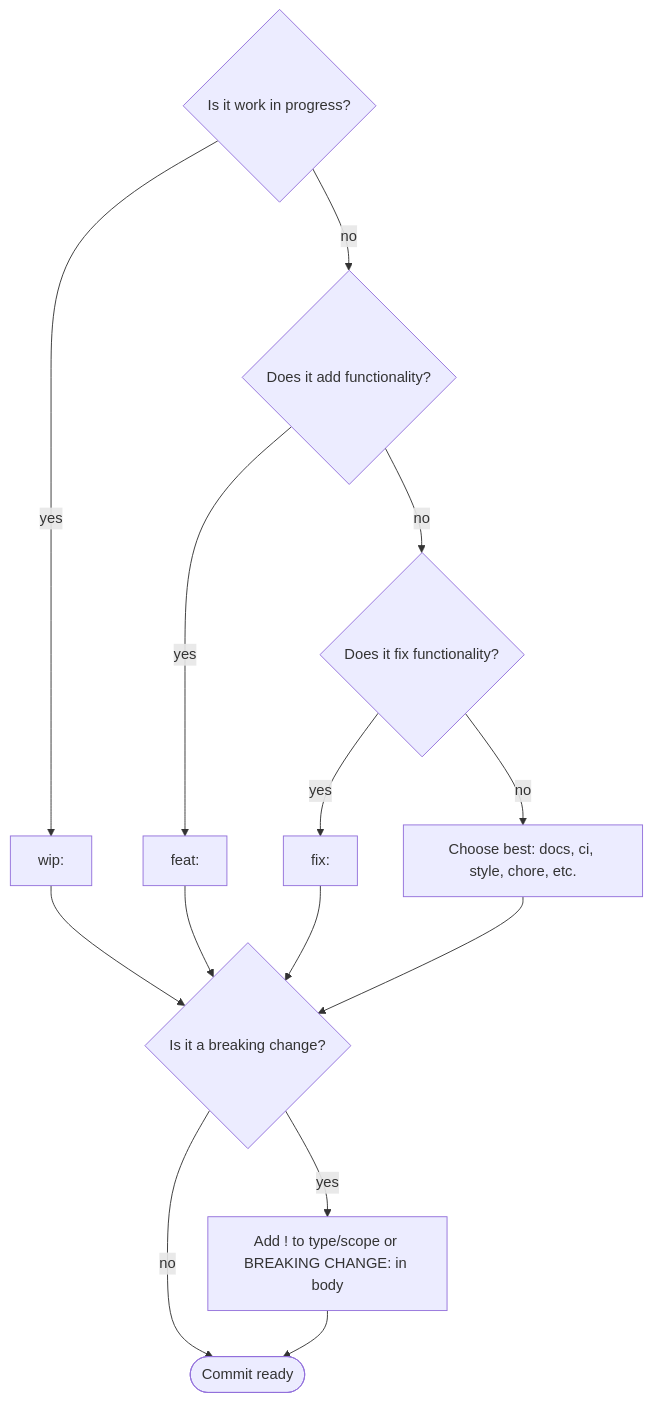
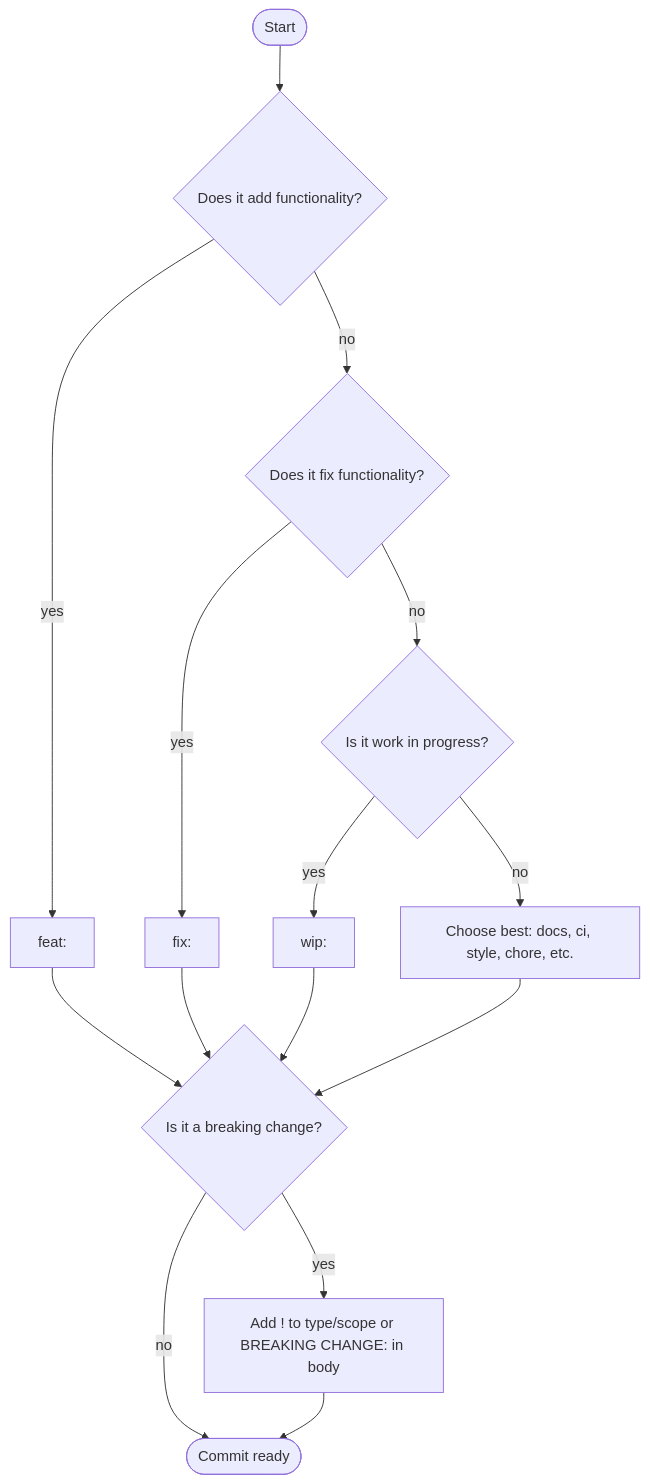
The diagram in docs/conventional-commits.md (logickernel/agileflow), drawn with Mermaid before and after one commit.

Commit message:
docs: refine decision flow in conventional commits documentation for clarity on commit type selection

````diff
--- a/docs/conventional-commits.md
+++ b/docs/conventional-commits.md
@@ -34,21 +34,22 @@
 ```mermaid
 flowchart TD
-  A{Is it work in progress?}
-  A -- "yes" --> W[wip:]
-  A -- "no" --> B{Does it add functionality?}
+  Start([Start]) --> A{Does it add functionality?}
 
-  B -- "yes" --> F[feat:]
-  B -- "no" --> C{Does it fix functionality?}
+  A -- "yes" --> F[feat:]
+  A -- "no" --> B{Does it fix functionality?}
 
-  C -- "yes" --> X[fix:]
+  B -- "yes" --> X[fix:]
+  B -- "no" --> C{Is it work in progress?}
+
+  C -- "yes" --> W[wip:]
   C -- "no" --> D[Choose best: docs, ci, style, chore, etc.]
 
   W --> E{Is it a breaking change?}
   F --> E
   X --> E
   D --> E
 
   E -- "no" --> Z([Commit ready])
   E -- "yes" --> G[Add ! to type/scope or BREAKING CHANGE: in body]
   G --> Z
 ```
````
